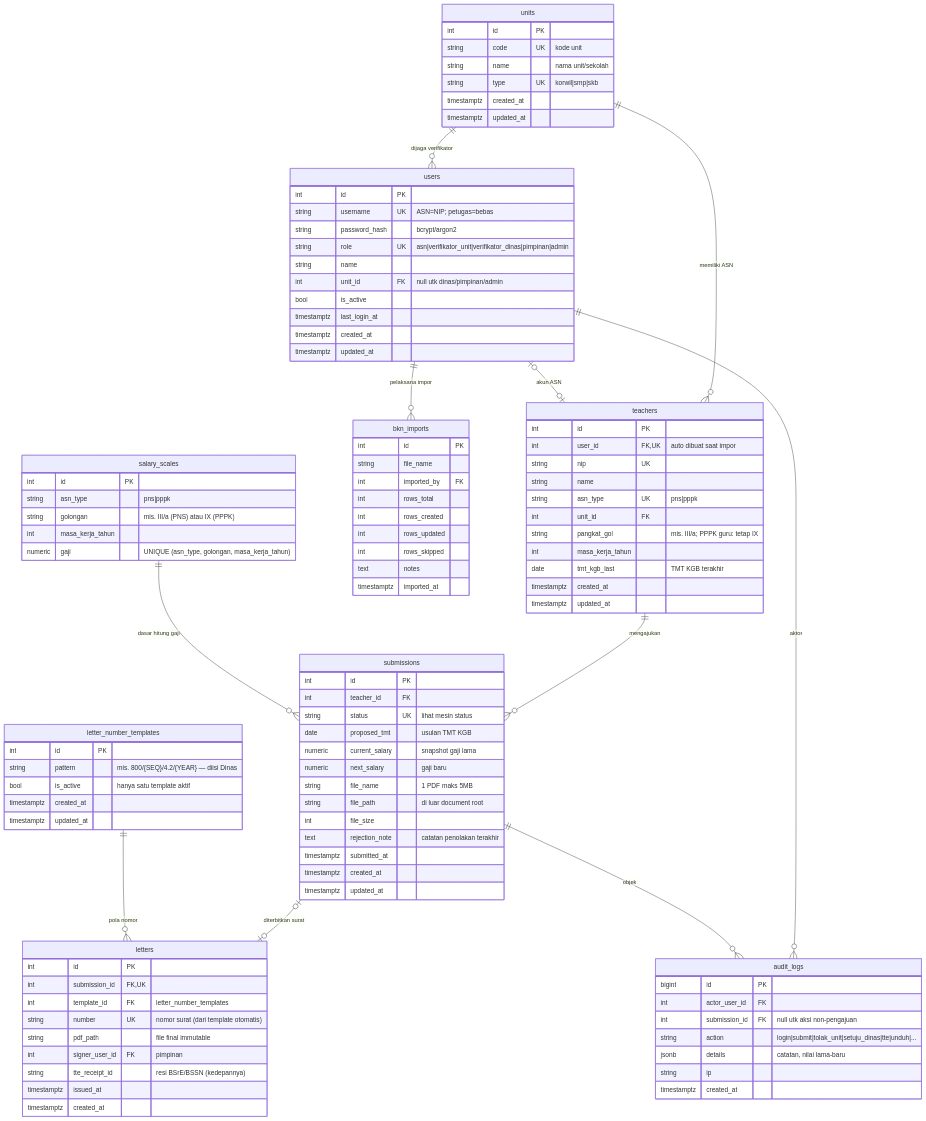
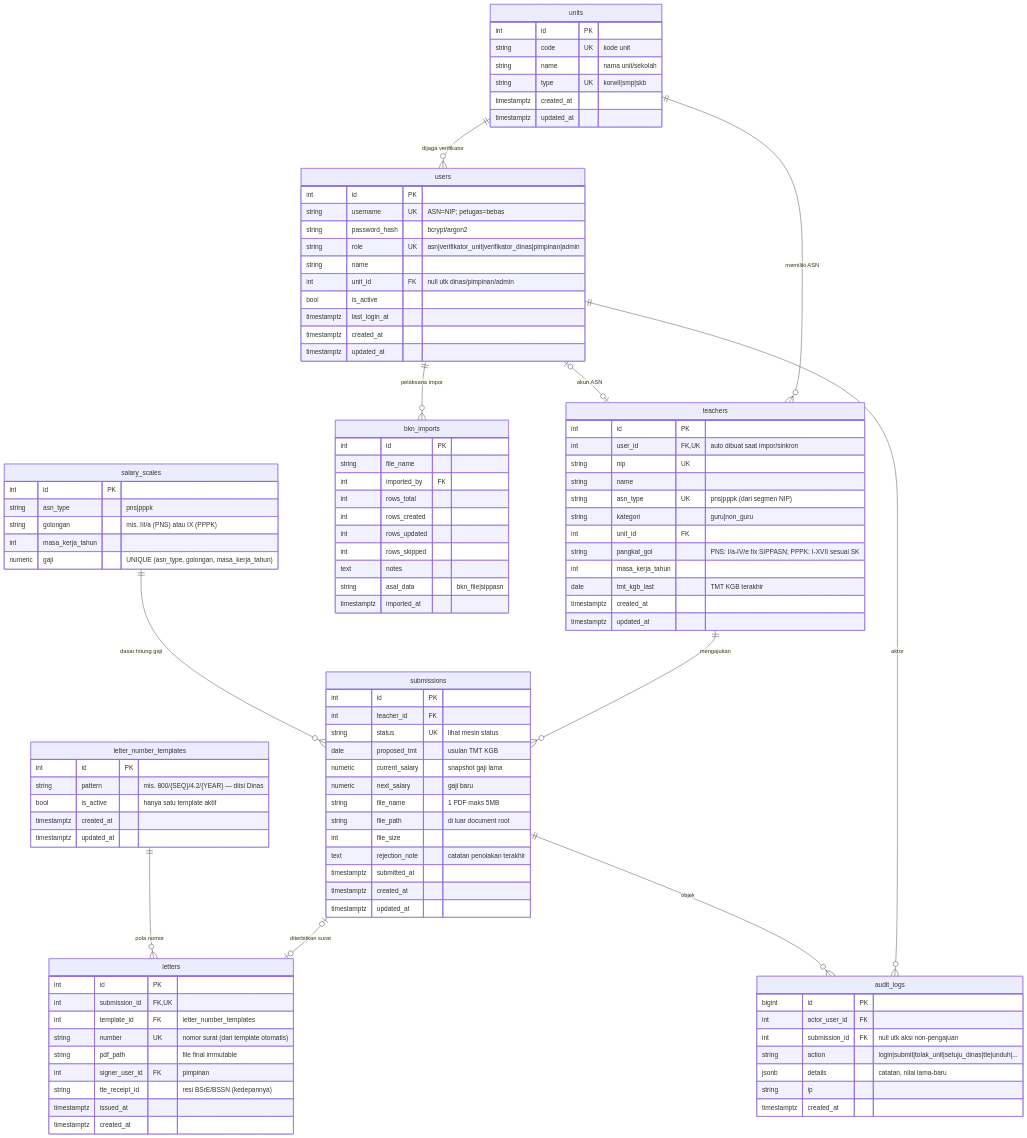
Before and after one commit to chamdaniluk/kgb: the first of 2 diagrams in docs/02-DATABASE-ERD/ERD.md, drawn with Mermaid. The commit also changed other lines of this file and 56 other files, not shown here.

```diff
--- a/docs/02-DATABASE-ERD/ERD.md
+++ b/docs/02-DATABASE-ERD/ERD.md
@@ -68,12 +71,13 @@
 
     teachers {
         int id PK
-        int user_id FK,UK "auto dibuat saat impor"
+        int user_id FK,UK "auto dibuat saat impor/sinkron"
         string nip UK
         string name
-        string asn_type UK "pns|pppk"
+        string asn_type UK "pns|pppk (dari segmen NIP)"
+        string kategori "guru|non_guru"
         int unit_id FK
-        string pangkat_gol "mis. III/a; PPPK guru: tetap IX"
+        string pangkat_gol "PNS: I/a-IV/e fix SIPPASN; PPPK: I-XVII sesuai SK"
         int masa_kerja_tahun
         date tmt_kgb_last "TMT KGB terakhir"
         timestamptz created_at
@@ -127,6 +131,7 @@
         int rows_updated
         int rows_skipped
         text notes
+        string asal_data "bkn_file|sippasn"
         timestamptz imported_at
     }
 
```
